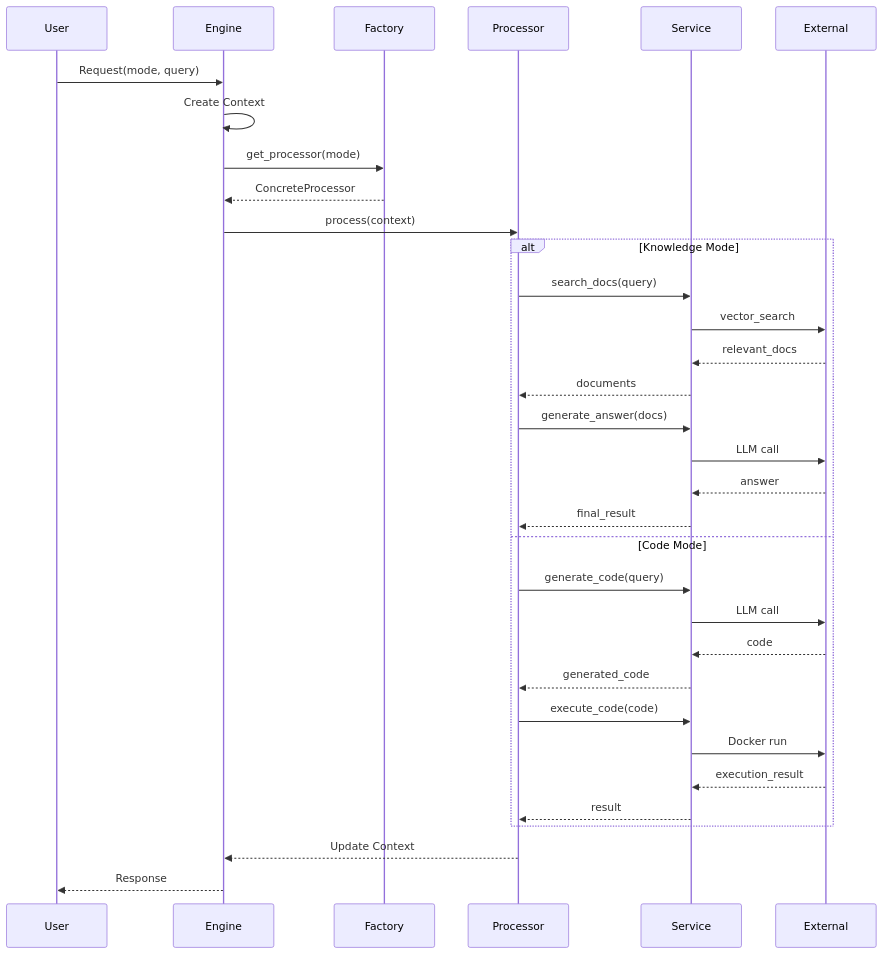
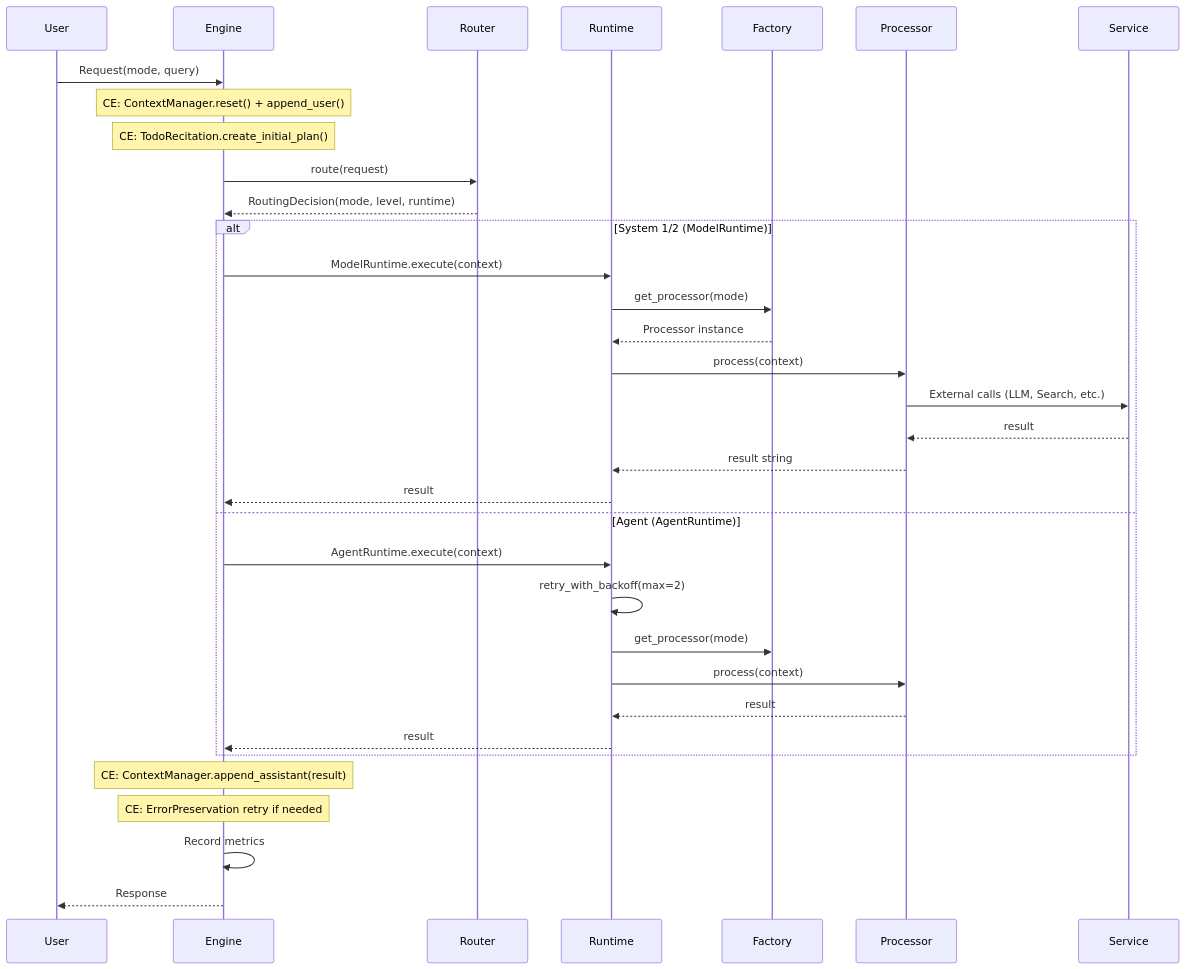
Before and after one commit to Zenobia000/openagent_backend: the second of 2 diagrams in Architecture_Refactoring_Toolkit/project_docs/unified_python_architecture.md, drawn with Mermaid. The commit also changed other lines of this file and 49 other files, not shown here.

````diff
--- a/Architecture_Refactoring_Toolkit/project_docs/unified_python_architecture.md
+++ b/Architecture_Refactoring_Toolkit/project_docs/unified_python_architecture.md
@@ -148,38 +210,40 @@
 ```mermaid
 sequenceDiagram
     participant U as User
     participant E as Engine
+    participant R as Router
+    participant RT as Runtime
     participant F as Factory
     participant P as Processor
     participant S as Service
-    participant X as External
 
     U->>E: Request(mode, query)
-    E->>E: Create Context
-    E->>F: get_processor(mode)
-    F-->>E: ConcreteProcessor
-    E->>P: process(context)
+    Note over E: CE: ContextManager.reset() + append_user()
+    Note over E: CE: TodoRecitation.create_initial_plan()
 
-    alt Knowledge Mode
-        P->>S: search_docs(query)
-        S->>X: vector_search
-        X-->>S: relevant_docs
-        S-->>P: documents
-        P->>S: generate_answer(docs)
-        S->>X: LLM call
-        X-->>S: answer
-        S-->>P: final_result
-    else Code Mode
-        P->>S: generate_code(query)
-        S->>X: LLM call
-        X-->>S: code
-        S-->>P: generated_code
-        P->>S: execute_code(code)
-        S->>X: Docker run
-        X-->>S: execution_result
+    E->>R: route(request)
+    R-->>E: RoutingDecision(mode, level, runtime)
+
+    alt System 1/2 (ModelRuntime)
+        E->>RT: ModelRuntime.execute(context)
+        RT->>F: get_processor(mode)
+        F-->>RT: Processor instance
+        RT->>P: process(context)
+        P->>S: External calls (LLM, Search, etc.)
         S-->>P: result
+        P-->>RT: result string
+        RT-->>E: result
+    else Agent (AgentRuntime)
+        E->>RT: AgentRuntime.execute(context)
+        RT->>RT: retry_with_backoff(max=2)
+        RT->>F: get_processor(mode)
+        RT->>P: process(context)
+        P-->>RT: result
+        RT-->>E: result
     end
 
-    P-->>E: Update Context
+    Note over E: CE: ContextManager.append_assistant(result)
+    Note over E: CE: ErrorPreservation retry if needed
+    E->>E: Record metrics
     E-->>U: Response
 ```
````
